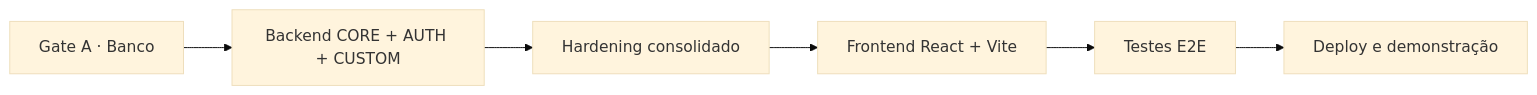
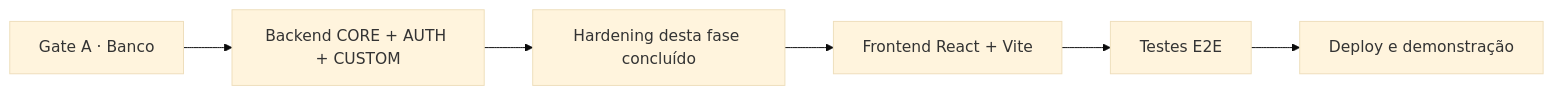
The third of 3 diagrams in README.md (GabrielJalmeida/baby-belo), drawn with Mermaid (base theme) before and after one commit. The commit also changed other lines of this file, not shown here.

Commit message:
docs: update README after hardening

````diff
--- a/README.md
+++ b/README.md
@@ -262,8 +270,8 @@
 ```mermaid
 flowchart LR
     A[Gate A · Banco] --> B[Backend CORE + AUTH + CUSTOM]
-    B --> C[Hardening consolidado]
+    B --> C[Hardening desta fase concluído]
     C --> D[Frontend React + Vite]
     D --> E[Testes E2E]
     E --> F[Deploy e demonstração]
 ```
````
